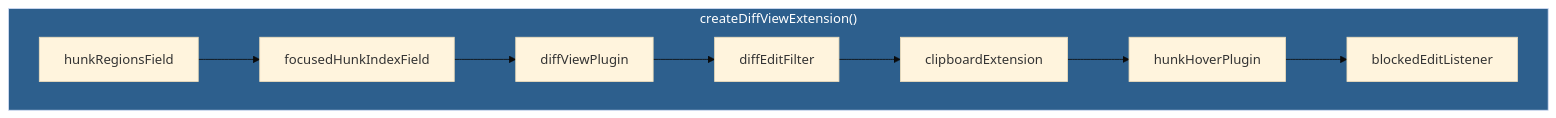
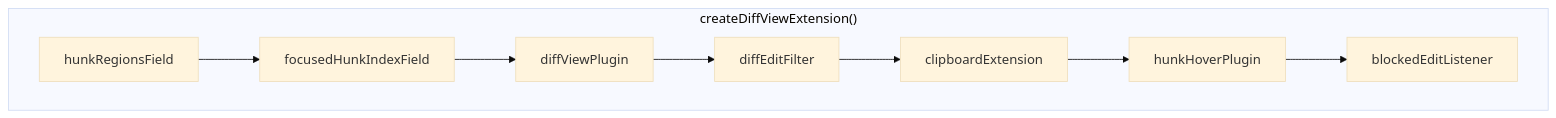
The diagram in _docs/features/fb-ai-editing/frontend-diff-view.md (haowjy/meridian-flow), drawn with Mermaid (base theme) before and after one commit. The commit also changed 46 other files, not shown here.

````diff
--- a/_docs/features/fb-ai-editing/frontend-diff-view.md
+++ b/_docs/features/fb-ai-editing/frontend-diff-view.md
@@ -9,21 +9,20 @@
 ```mermaid
 flowchart TB
     subgraph Bundle["createDiffViewExtension()"]
         hunkRegions["hunkRegionsField"]
         focusField["focusedHunkIndexField"]
         plugin["diffViewPlugin"]
         filter["diffEditFilter"]
         clipboard["clipboardExtension"]
         hover["hunkHoverPlugin"]
         blocked["blockedEditListener"]
     end
 
     hunkRegions --> focusField
     focusField --> plugin
     plugin --> filter
     filter --> clipboard
     clipboard --> hover
     hover --> blocked
 
-    style Bundle fill:#2d5f8d,color:#fff
 ```
````
